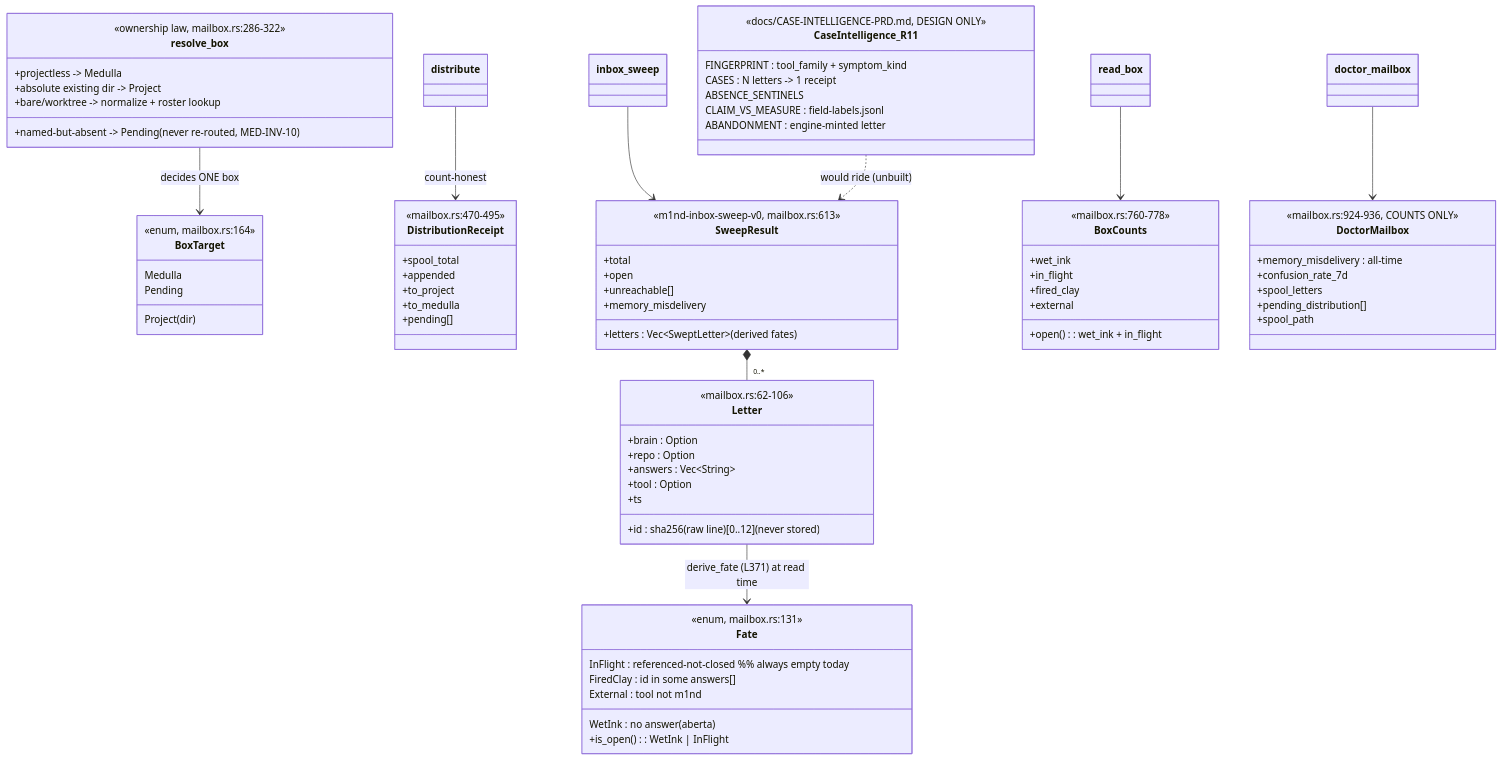
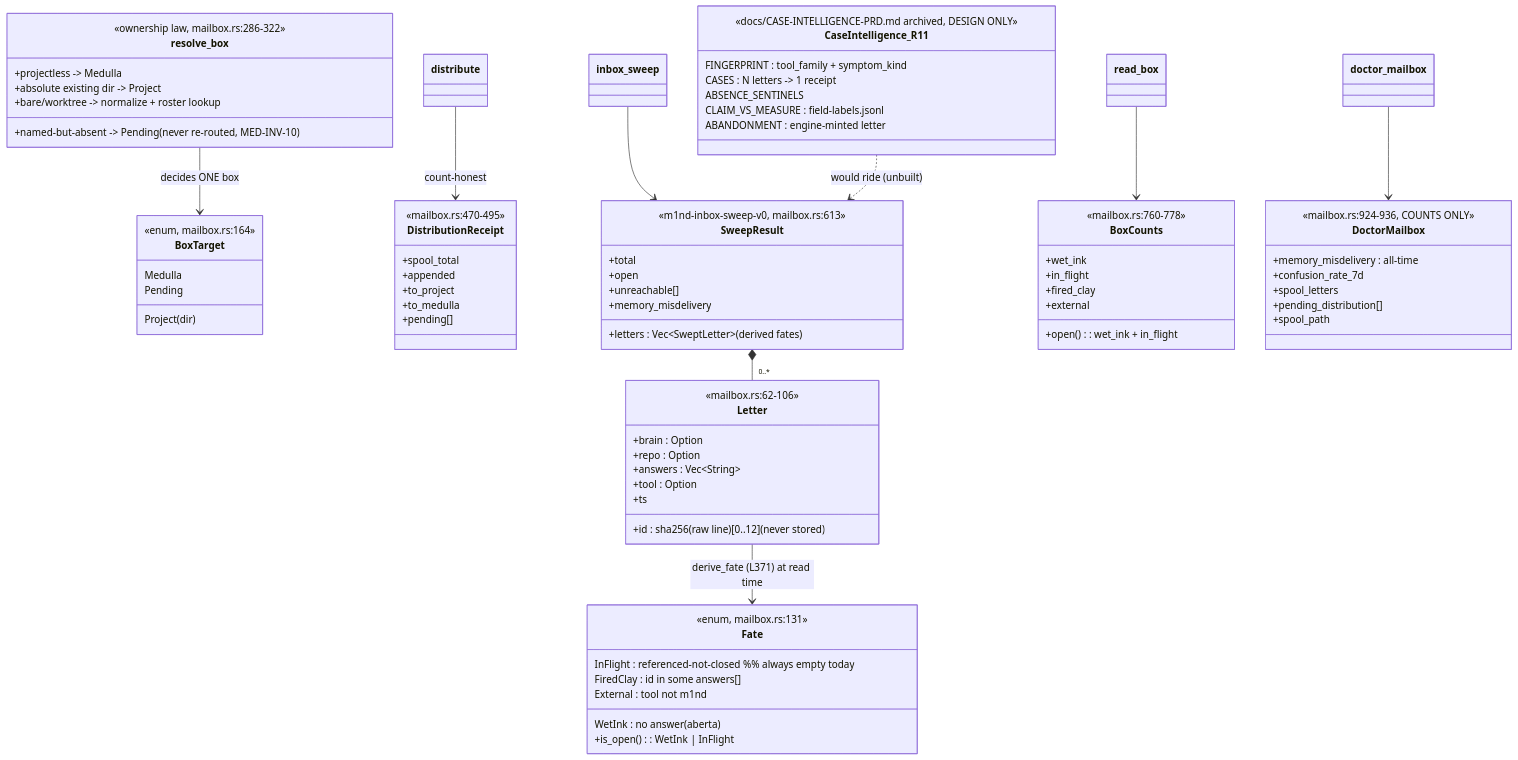
One commit to maxkle1nz/m1nd changed the first of 4 diagrams in docs/uml/mailbox.md. Above: the diagram before and after it, drawn with Mermaid. The commit also changed other lines of this file and 564 other files, not shown here.

```diff
--- a/docs/uml/mailbox.md
+++ b/docs/uml/mailbox.md
@@ -85,7 +85,7 @@
     }
 
     class CaseIntelligence_R11 {
-        <<docs/CASE-INTELLIGENCE-PRD.md, DESIGN ONLY>>
+        <<docs/CASE-INTELLIGENCE-PRD.md archived, DESIGN ONLY>>
         FINGERPRINT : tool_family + symptom_kind
         CASES : N letters -> 1 receipt
         ABSENCE_SENTINELS
```
